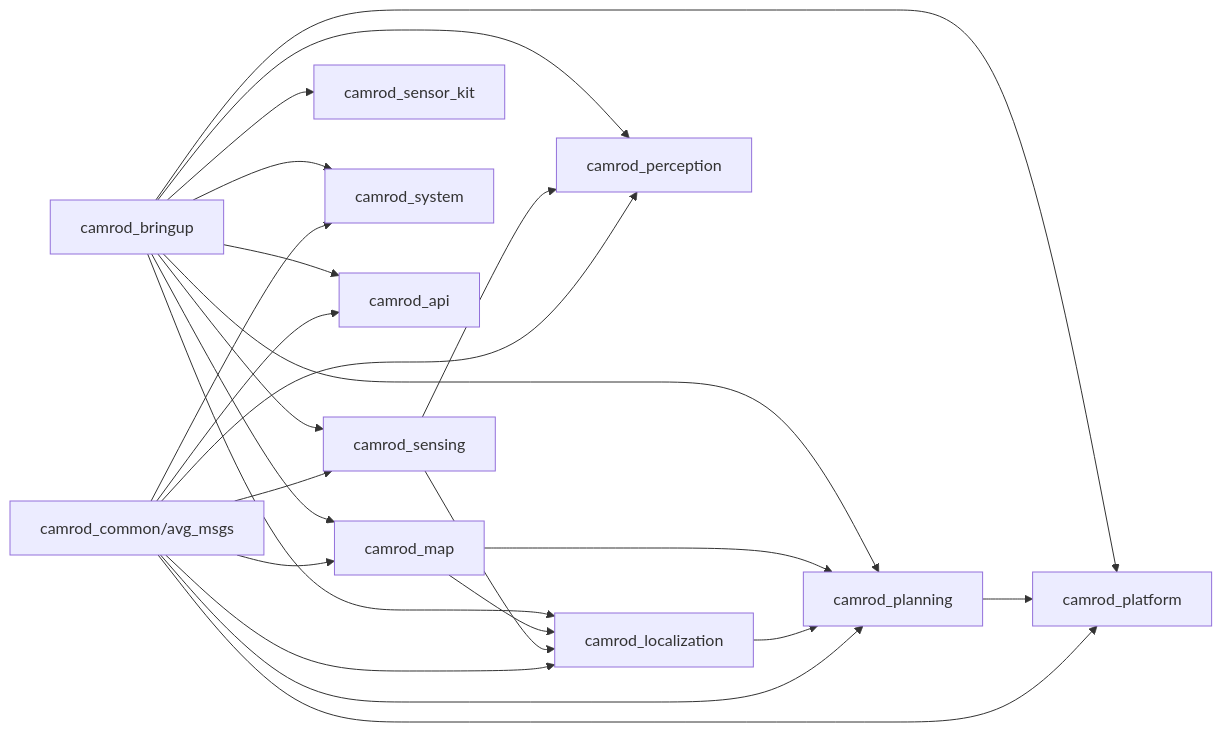
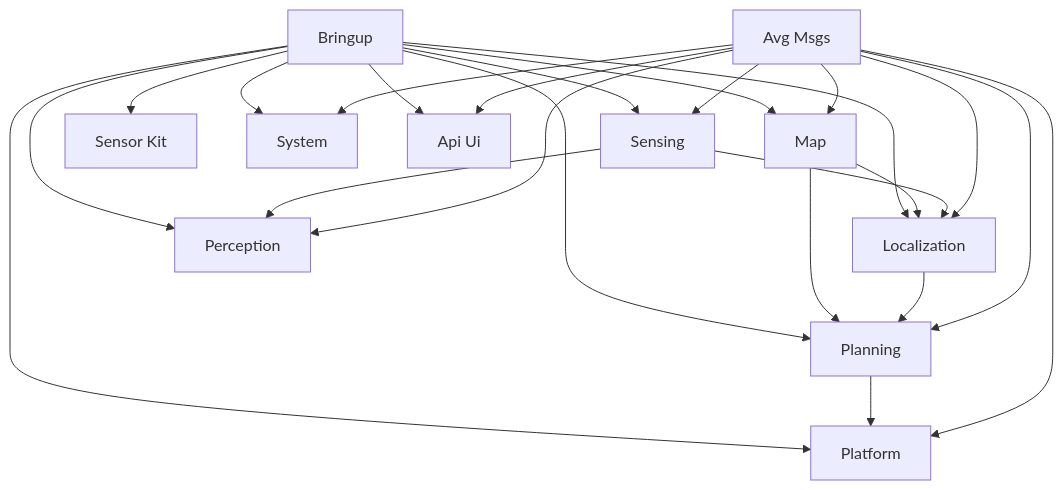
One commit to hwanhonglee/CAMROD changed the first of 2 diagrams in README.md. Above: the diagram before and after it, drawn with Mermaid. The commit also changed other lines of this file and 12 other files, not shown here.

First line of the commit message:
docs(readme): fix Mermaid syntax and refine workspace architecture

````diff
--- a/README.md
+++ b/README.md
@@ -6,28 +6,40 @@
 ```mermaid
-graph LR
-  BR[camrod_bringup] --> MAP[camrod_map]
-  BR --> SENS[camrod_sensing]
-  BR --> LOC[camrod_localization]
-  BR --> PER[camrod_perception]
-  BR --> PLAN[camrod_planning]
-  BR --> PLAT[camrod_platform]
-  BR --> SK[camrod_sensor_kit]
-  BR --> SYS[camrod_system]
-  BR --> API[camrod_api]
+graph TD
+  BR[Bringup]
+  AVG[Avg Msgs]
+  MAP[Map]
+  SEN[Sensing]
+  LOC[Localization]
+  PER[Perception]
+  PLN[Planning]
+  PLT[Platform]
+  KIT[Sensor Kit]
+  SYS[System]
+  API[Api Ui]
+
+  BR --> MAP
+  BR --> SEN
+  BR --> LOC
+  BR --> PER
+  BR --> PLN
+  BR --> PLT
+  BR --> KIT
+  BR --> SYS
+  BR --> API
 
   MAP --> LOC
-  MAP --> PLAN
-  SENS --> LOC
-  SENS --> PER
-  LOC --> PLAN
-  PLAN --> PLAT
+  MAP --> PLN
+  SEN --> LOC
+  SEN --> PER
+  LOC --> PLN
+  PLN --> PLT
 
-  AVG[camrod_common/avg_msgs] --> MAP
-  AVG --> SENS
+  AVG --> MAP
+  AVG --> SEN
   AVG --> LOC
   AVG --> PER
-  AVG --> PLAN
-  AVG --> PLAT
+  AVG --> PLN
+  AVG --> PLT
   AVG --> SYS
   AVG --> API
 ```
````
